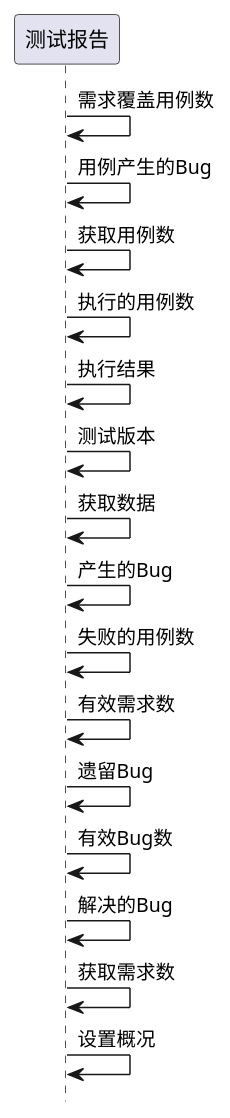
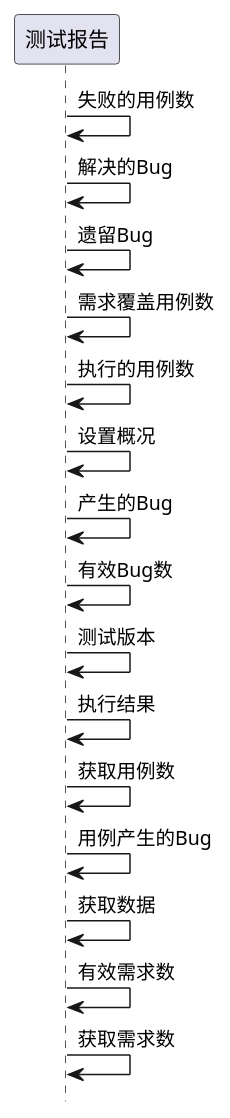
One commit to zj335841911/nt_chandao changed the ninth of 9 diagrams in ibizpms-docs/src/main/doc/v1/module/zentao/TestReport_old.md. Above: the diagram before and after it, drawn with PlantUML. The commit also changed other lines of this file and 2125 other files, not shown here.

```diff
--- a/ibizpms-docs/src/main/doc/v1/module/zentao/TestReport_old.md
+++ b/ibizpms-docs/src/main/doc/v1/module/zentao/TestReport_old.md
@@ -358,19 +358,19 @@
 {% plantuml %}
 hide footbox
 
+测试报告 -> 测试报告: 失败的用例数
+测试报告 -> 测试报告: 解决的Bug
+测试报告 -> 测试报告: 遗留Bug
 测试报告 -> 测试报告: 需求覆盖用例数
+测试报告 -> 测试报告: 执行的用例数
+测试报告 -> 测试报告: 设置概况
+测试报告 -> 测试报告: 产生的Bug
+测试报告 -> 测试报告: 有效Bug数
+测试报告 -> 测试报告: 测试版本
+测试报告 -> 测试报告: 执行结果
+测试报告 -> 测试报告: 获取用例数
 测试报告 -> 测试报告: 用例产生的Bug
-测试报告 -> 测试报告: 获取用例数
-测试报告 -> 测试报告: 执行的用例数
-测试报告 -> 测试报告: 执行结果
-测试报告 -> 测试报告: 测试版本
 测试报告 -> 测试报告: 获取数据
-测试报告 -> 测试报告: 产生的Bug
-测试报告 -> 测试报告: 失败的用例数
 测试报告 -> 测试报告: 有效需求数
-测试报告 -> 测试报告: 遗留Bug
-测试报告 -> 测试报告: 有效Bug数
-测试报告 -> 测试报告: 解决的Bug
 测试报告 -> 测试报告: 获取需求数
-测试报告 -> 测试报告: 设置概况
 {% endplantuml %}
```
